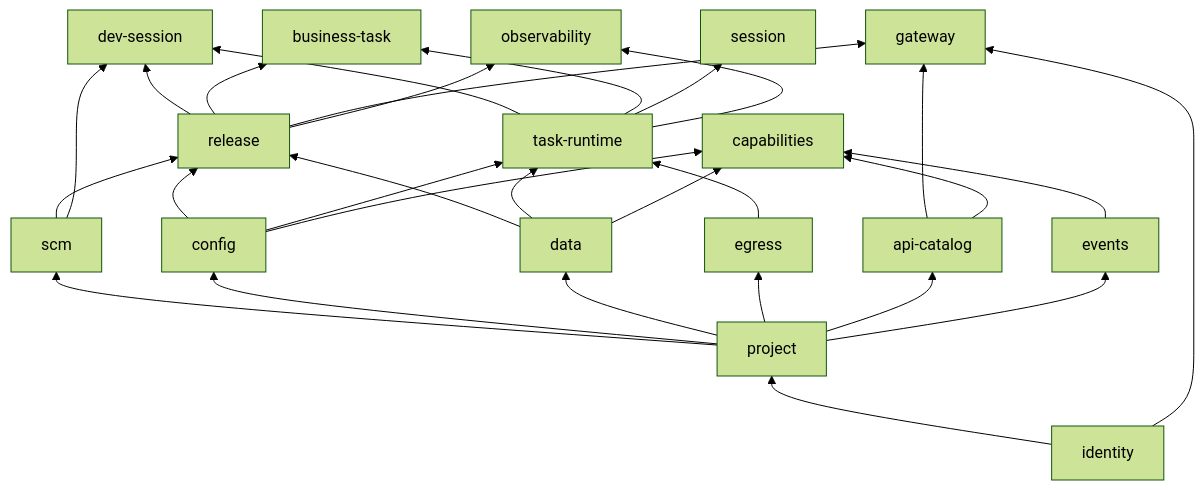
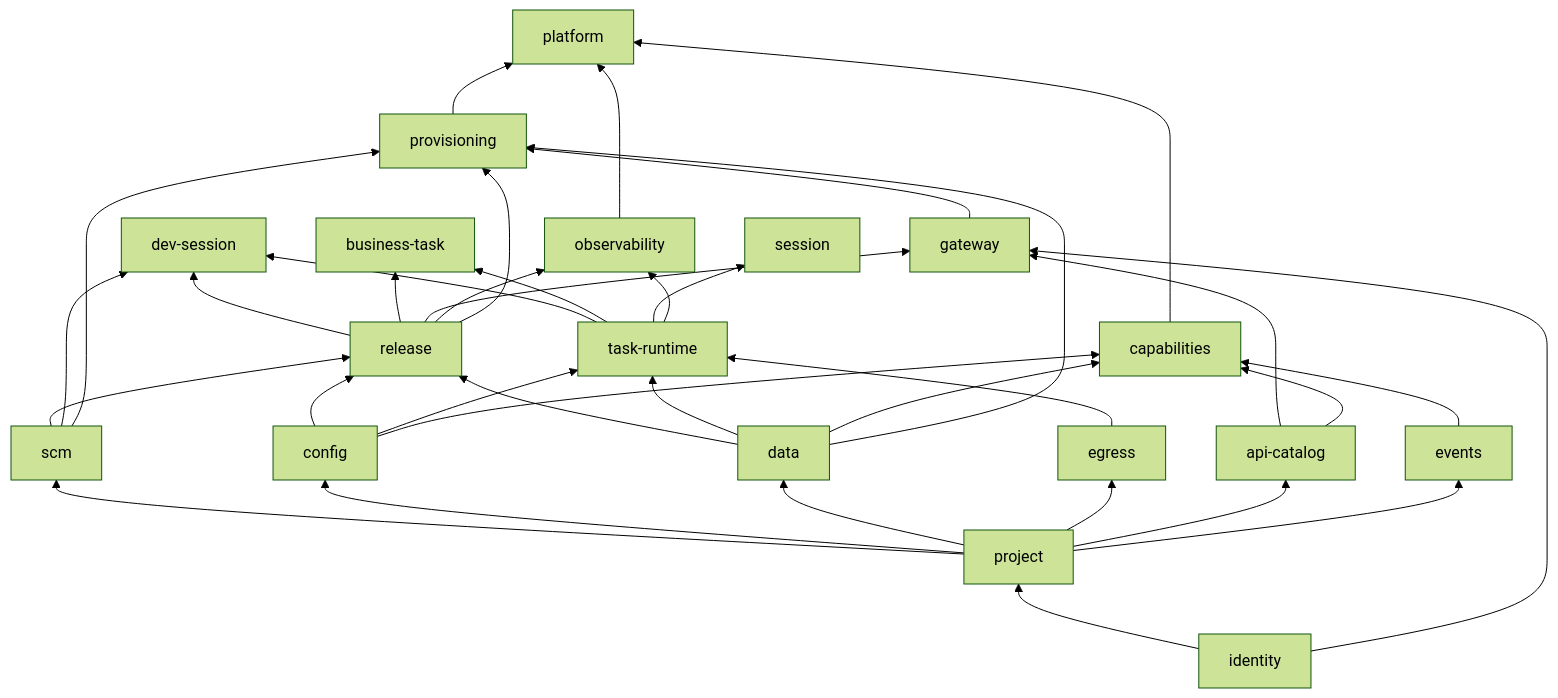
Before and after one commit to wangbinquan/CrewStation: the diagram in docs/engineering/repository-structure.md, drawn with Mermaid (forest theme). The commit also changed other lines of this file and 2 other files, not shown here.

Commit message:
docs: ADR-0003 追认 provisioning 与 platform 两个模块
结构文档 §5 定的是 16 个模块，实现里是 18 个。§11 要求新增模块走 ADR，
之前两个模块是直接加的，这里补上决策记录并把 §5 的表与分层图同步。

provisioning（L6）装项目开通链：那条链横跨 project／scm／data／gateway／release
五个模块，放进其中任何一个都会让那个模块反向依赖比它高的层。
platform（L7）是组合根，按定义依赖所有模块，只有装配没有领域逻辑。

Claude-Session: https://claude.ai/code/session_0143mFu9eqEJ5WKx8KCsTcXM

````diff
--- a/docs/engineering/repository-structure.md
+++ b/docs/engineering/repository-structure.md
@@ -201,13 +203,15 @@
 ```mermaid
 flowchart BT
   identity --> project
   project --> scm & config & data & egress & api-catalog & events
   scm & config & data --> release
   config & data & egress --> task-runtime
   task-runtime & release & scm --> dev-session
   task-runtime & release --> business-task
   task-runtime --> session
   identity & release & api-catalog --> gateway
   release & task-runtime --> observability
   api-catalog & events & data & config --> capabilities
+  scm & data & gateway & release --> provisioning
+  observability & capabilities & provisioning --> platform
 ```
````
